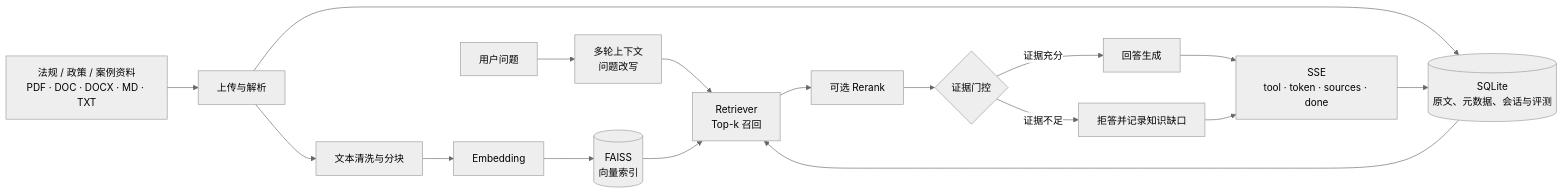
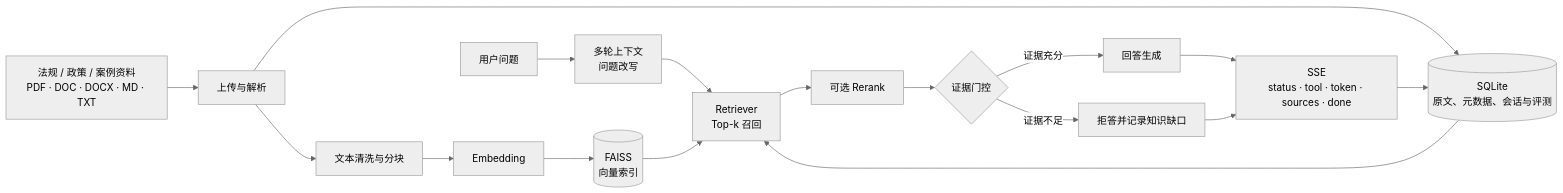
The diagram in README.md (MauriceLiang/LaborQA), drawn with Mermaid (neutral theme) before and after one commit. The commit also changed other lines of this file and 4 other files, not shown here.

````diff
--- a/README.md
+++ b/README.md
@@ -49,20 +49,20 @@
 ```mermaid
 flowchart LR
     A[法规 / 政策 / 案例资料<br/>PDF · DOC · DOCX · MD · TXT] --> B[上传与解析]
     B --> C[文本清洗与分块]
     C --> D[Embedding]
     D --> E[(FAISS<br/>向量索引)]
     B --> F[(SQLite<br/>原文、元数据、会话与评测)]
 
     U[用户问题] --> Q[多轮上下文<br/>问题改写]
     Q --> R[Retriever<br/>Top-k 召回]
     E --> R
     F --> R
     R --> T[可选 Rerank]
     T --> G{证据门控}
     G -->|证据充分| W[回答生成]
     G -->|证据不足| N[拒答并记录知识缺口]
-    W --> S[SSE<br/>tool · token · sources · done]
+    W --> S[SSE<br/>status · tool · token · sources · done]
     N --> S
     S --> F
 ```
````
